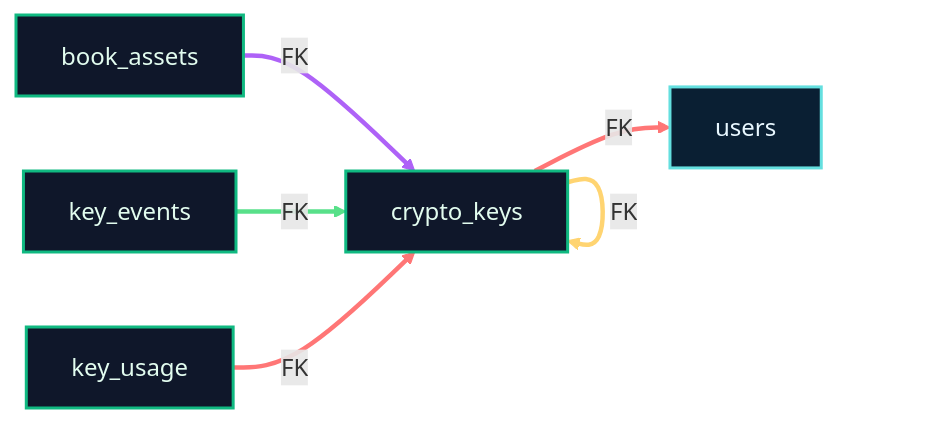
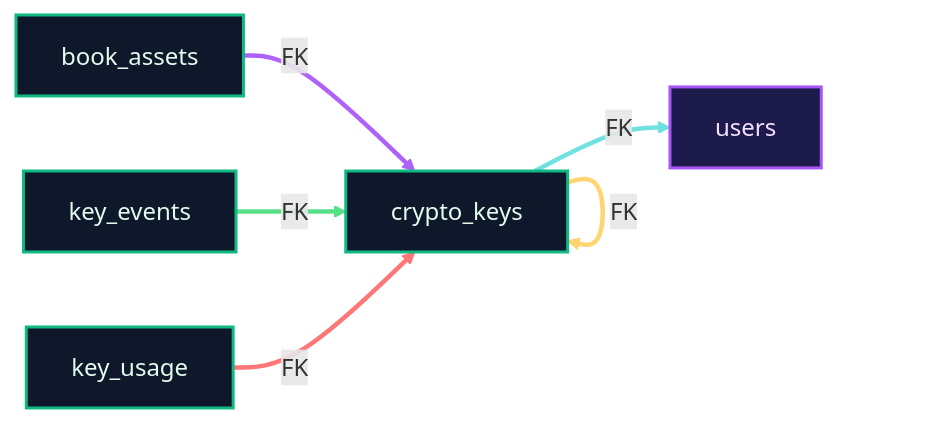
The diagram in README.md (blackcatdatabase/table-crypto-keys), drawn with Mermaid before and after one commit. The commit also changed 1 other file, not shown here.

````diff
--- a/README.md
+++ b/README.md
@@ -75,21 +75,21 @@
 ```mermaid
 graph LR
   %% Neon lineage view (auto-parsed from docs/definitions.md)
   classDef center fill:#0b1021,stroke:#ff6b6b,stroke-width:3px,color:#fefefe;
   classDef link fill:#0a1f33,stroke:#64dfdf,stroke-width:2px,color:#e8f7ff;
   classDef accent fill:#1d1b4c,stroke:#a855f7,stroke-width:2px,color:#f5e1ff;
   classDef inbound fill:#0f172a,stroke:#10b981,stroke-width:2px,color:#e2fcef;
   crypto_keys["crypto_keys"]:::center
-  crypto_keys -->|FK| users["users"]:::link
-  crypto_keys -->|FK| crypto_keys["crypto_keys"]:::accent
+  crypto_keys -->|FK| crypto_keys["crypto_keys"]:::link
+  crypto_keys -->|FK| users["users"]:::accent
   book_assets["book_assets"]:::inbound -->|FK| crypto_keys
   crypto_keys["crypto_keys"]:::inbound -->|FK| crypto_keys
   key_events["key_events"]:::inbound -->|FK| crypto_keys
   key_usage["key_usage"]:::inbound -->|FK| crypto_keys
   linkStyle 0 stroke:#ff6b6b,stroke-width:3px,opacity:0.92;
   linkStyle 1 stroke:#64dfdf,stroke-width:3px,opacity:0.92;
   linkStyle 2 stroke:#a855f7,stroke-width:3px,opacity:0.92;
   linkStyle 3 stroke:#ffd166,stroke-width:3px,opacity:0.92;
   linkStyle 4 stroke:#4ade80,stroke-width:3px,opacity:0.92;
   linkStyle 5 stroke:#ff6b6b,stroke-width:3px,opacity:0.92;
 ```
````
